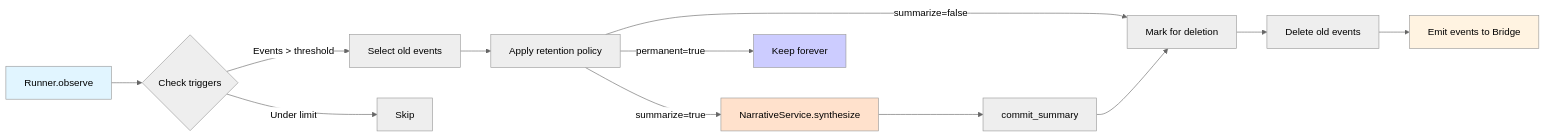
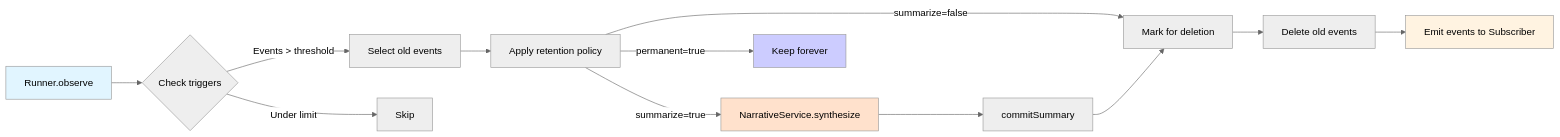
Before and after one commit to zc6600/aura: the diagram in docs/developer-guide/memory-management.md, drawn with Mermaid (neutral theme). The commit also changed other lines of this file and 7 other files, not shown here.

````diff
--- a/docs/developer-guide/memory-management.md
+++ b/docs/developer-guide/memory-management.md
@@ -51,19 +51,19 @@
 ```mermaid
 graph LR
     A[Runner.observe] --> B{Check triggers}
     B -->|Events > threshold| C[Select old events]
     B -->|Under limit| Z[Skip]
     C --> D[Apply retention policy]
     D -->|summarize=true| E[NarrativeService.synthesize]
     D -->|summarize=false| F[Mark for deletion]
     D -->|permanent=true| G[Keep forever]
-    E --> H[commit_summary]
+    E --> H[commitSummary]
     H --> F
     F --> I[Delete old events]
-    I --> J[Emit events to Bridge]
+    I --> J[Emit events to Subscriber]
     
     style A fill:#e1f5ff
     style E fill:#ffe1cc
     style G fill:#ccccff
     style J fill:#fff3e1
 ```
````
